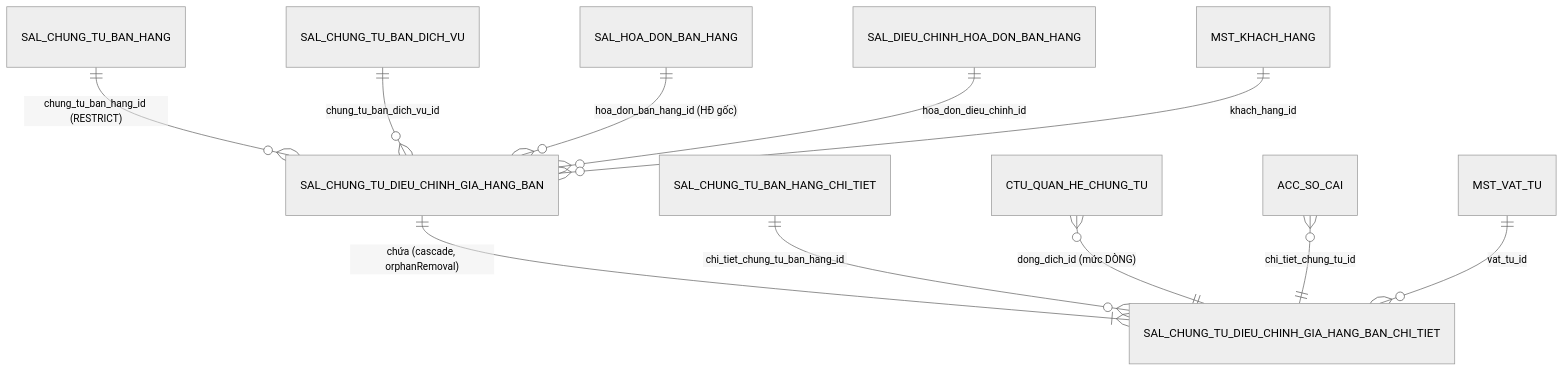
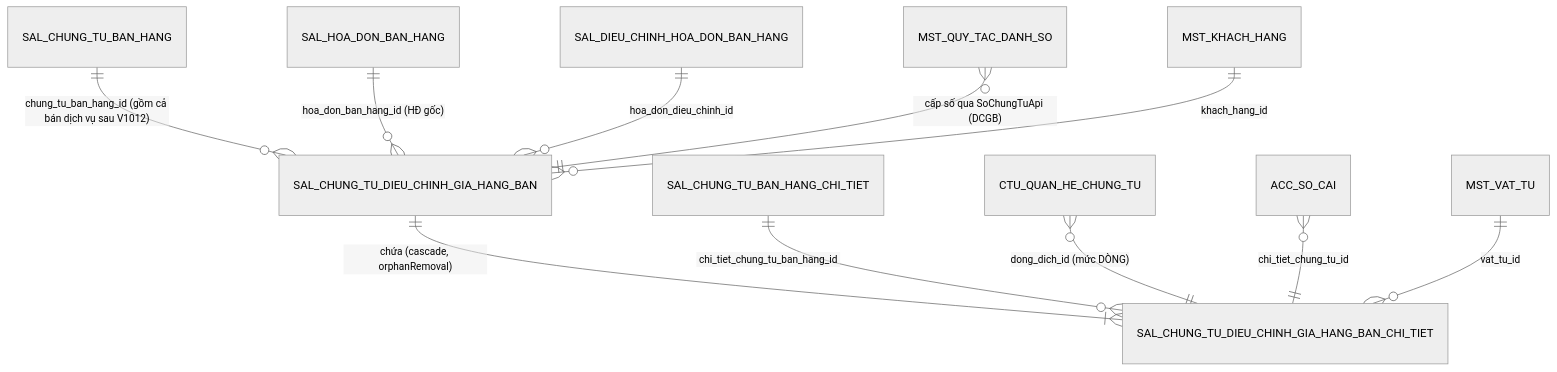
The diagram in doing/PMKT-E-07664-dieu-chinh-gia-hang-ban-api/09-thiet-ke-db.md (vuledat/pmkt-docs), drawn with Mermaid (neutral theme) before and after one commit. The commit also changed other lines of this file and 41 other files, not shown here.

````diff
--- a/doing/PMKT-E-07664-dieu-chinh-gia-hang-ban-api/09-thiet-ke-db.md
+++ b/doing/PMKT-E-07664-dieu-chinh-gia-hang-ban-api/09-thiet-ke-db.md
@@ -158,13 +188,13 @@
 ```mermaid
 erDiagram
   SAL_CHUNG_TU_DIEU_CHINH_GIA_HANG_BAN ||--|{ SAL_CHUNG_TU_DIEU_CHINH_GIA_HANG_BAN_CHI_TIET : "chứa (cascade, orphanRemoval)"
-  SAL_CHUNG_TU_BAN_HANG    ||--o{ SAL_CHUNG_TU_DIEU_CHINH_GIA_HANG_BAN : "chung_tu_ban_hang_id (RESTRICT)"
-  SAL_CHUNG_TU_BAN_DICH_VU ||--o{ SAL_CHUNG_TU_DIEU_CHINH_GIA_HANG_BAN : "chung_tu_ban_dich_vu_id"
+  SAL_CHUNG_TU_BAN_HANG    ||--o{ SAL_CHUNG_TU_DIEU_CHINH_GIA_HANG_BAN : "chung_tu_ban_hang_id (gồm cả bán dịch vụ sau V1012)"
   SAL_HOA_DON_BAN_HANG     ||--o{ SAL_CHUNG_TU_DIEU_CHINH_GIA_HANG_BAN : "hoa_don_ban_hang_id (HĐ gốc)"
   SAL_DIEU_CHINH_HOA_DON_BAN_HANG ||--o{ SAL_CHUNG_TU_DIEU_CHINH_GIA_HANG_BAN : "hoa_don_dieu_chinh_id"
   SAL_CHUNG_TU_BAN_HANG_CHI_TIET  ||--o{ SAL_CHUNG_TU_DIEU_CHINH_GIA_HANG_BAN_CHI_TIET : "chi_tiet_chung_tu_ban_hang_id"
   CTU_QUAN_HE_CHUNG_TU     }o--|| SAL_CHUNG_TU_DIEU_CHINH_GIA_HANG_BAN_CHI_TIET : "dong_dich_id (mức DÒNG)"
   ACC_SO_CAI               }o--|| SAL_CHUNG_TU_DIEU_CHINH_GIA_HANG_BAN_CHI_TIET : "chi_tiet_chung_tu_id"
+  MST_QUY_TAC_DANH_SO      }o--|| SAL_CHUNG_TU_DIEU_CHINH_GIA_HANG_BAN : "cấp số qua SoChungTuApi (DCGB)"
   MST_KHACH_HANG           ||--o{ SAL_CHUNG_TU_DIEU_CHINH_GIA_HANG_BAN : "khach_hang_id"
   MST_VAT_TU               ||--o{ SAL_CHUNG_TU_DIEU_CHINH_GIA_HANG_BAN_CHI_TIET : "vat_tu_id"
 ```
````
